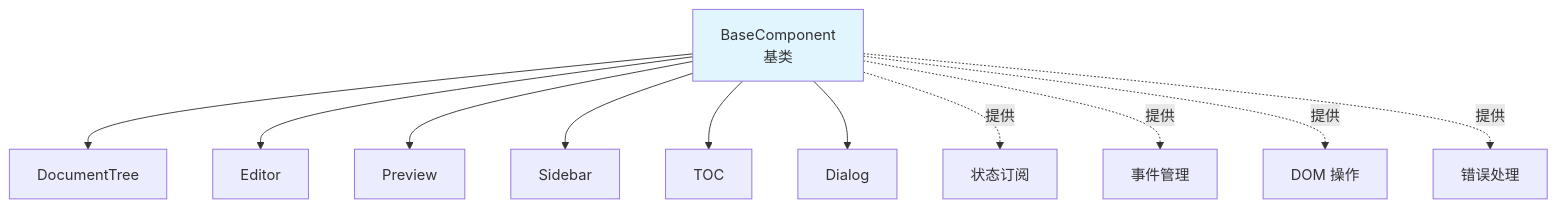
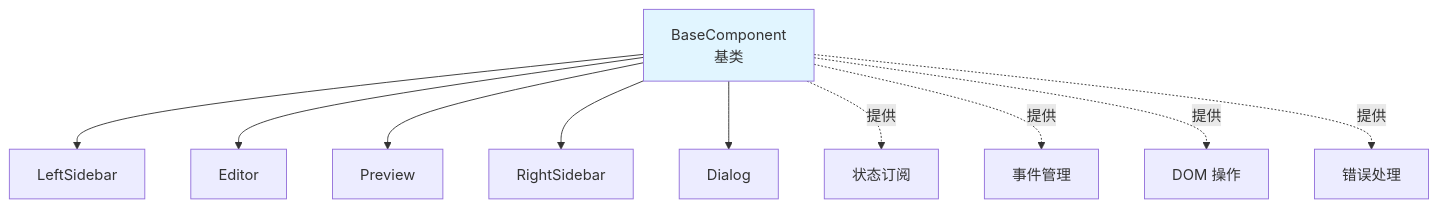
One commit to ZCShou/markdown changed the third of 15 diagrams in docs/arch.md. Above: the diagram before and after it, drawn with Mermaid. The commit also changed other lines of this file and 8 other files, not shown here.

Commit message:
refactor: merge sidebar and document tree components into left/right sidebars

````diff
--- a/docs/arch.md
+++ b/docs/arch.md
@@ -213,16 +211,15 @@
 ```mermaid
 graph TD
-    A[BaseComponent<br/>基类] --> B[DocumentTree]
+    A[BaseComponent<br/>基类] --> B[LeftSidebar]
     A --> C[Editor]
     A --> D[Preview]
-    A --> E[Sidebar]
-    A --> F[TOC]
-    A --> G[Dialog]
+    A --> E[RightSidebar]
+    A --> F[Dialog]
     
-    A -.提供.-> H[状态订阅]
-    A -.提供.-> I[事件管理]
-    A -.提供.-> J[DOM 操作]
-    A -.提供.-> K[错误处理]
+    A -.提供.-> G[状态订阅]
+    A -.提供.-> H[事件管理]
+    A -.提供.-> I[DOM 操作]
+    A -.提供.-> J[错误处理]
     
     style A fill:#e1f5ff
 ```
````
